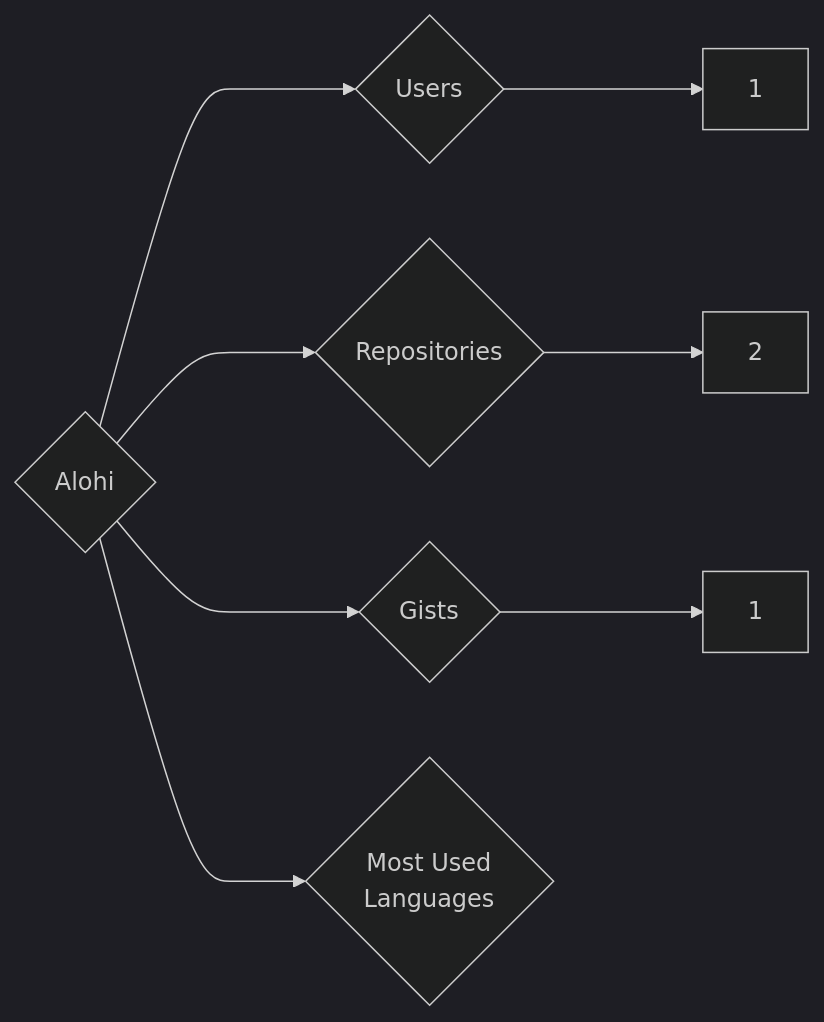
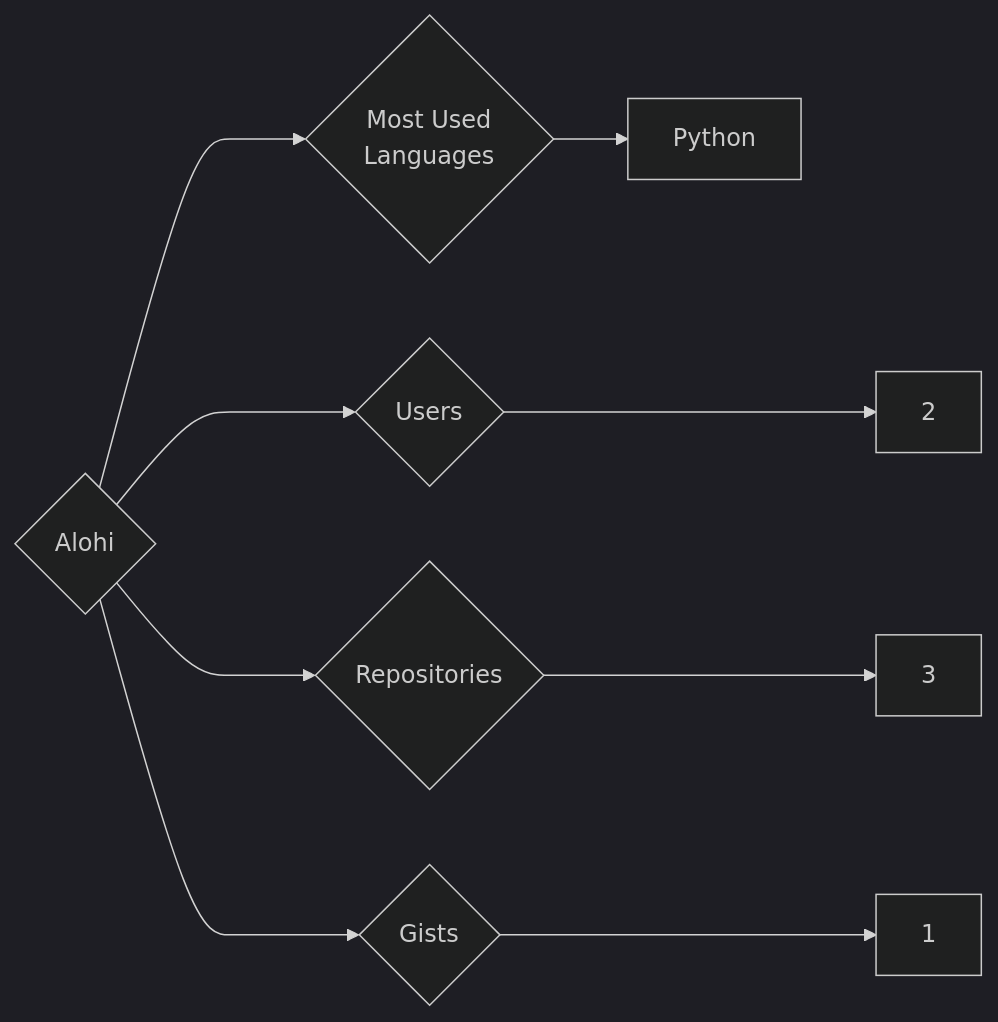
One commit to trickest/insiders changed the diagram in targets/Alohi/README.md. Above: the diagram before and after it, drawn with Mermaid (dark theme). The commit also changed 775 other files, not shown here.

````diff
--- a/targets/Alohi/README.md
+++ b/targets/Alohi/README.md
@@ -3,8 +3,9 @@
 ```mermaid
 graph LR
 COMPANY_NAME{Alohi}
-COMPANY_NAME ---> U{Users} ---> UN[1]
-COMPANY_NAME ---> R{Repositories} ---> RN[2]
+COMPANY_NAME ---> U{Users} ---> UN[2]
+COMPANY_NAME ---> R{Repositories} ---> RN[3]
 COMPANY_NAME ---> G{Gists} ---> GN[1]
 COMPANY_NAME ---> ML{Most Used<br>Languages}
+ML --> Python[Python]
 ```
````
